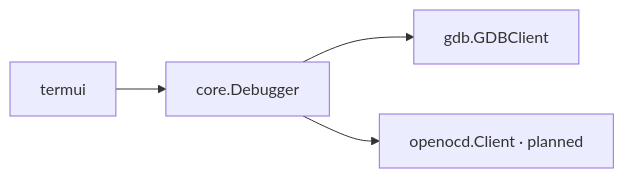
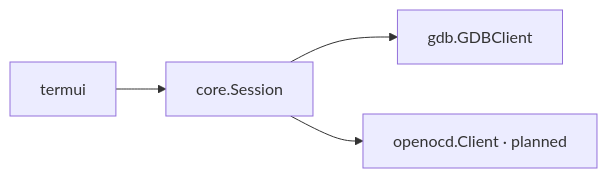
One commit to yairgd/gdbforge changed the fourth of 4 diagrams in docs/DEBUGGER_INTEGRATION.md. Above: the diagram before and after it, drawn with Mermaid. The commit also changed other lines of this file and 35 other files, not shown here.

````diff
--- a/docs/DEBUGGER_INTEGRATION.md
+++ b/docs/DEBUGGER_INTEGRATION.md
@@ -276,11 +343,11 @@
 ```mermaid
 flowchart LR
     UI["termui"]
-    Core["core.Debugger"]
+    Core["core.Session"]
     GDB["gdb.GDBClient"]
     OOCD["openocd.Client · planned"]
 
     UI --> Core
     Core --> GDB
     Core --> OOCD
 ```
````
